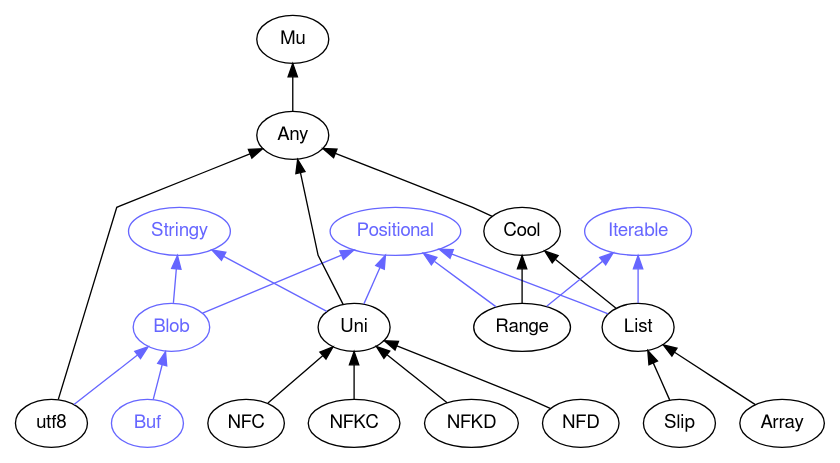
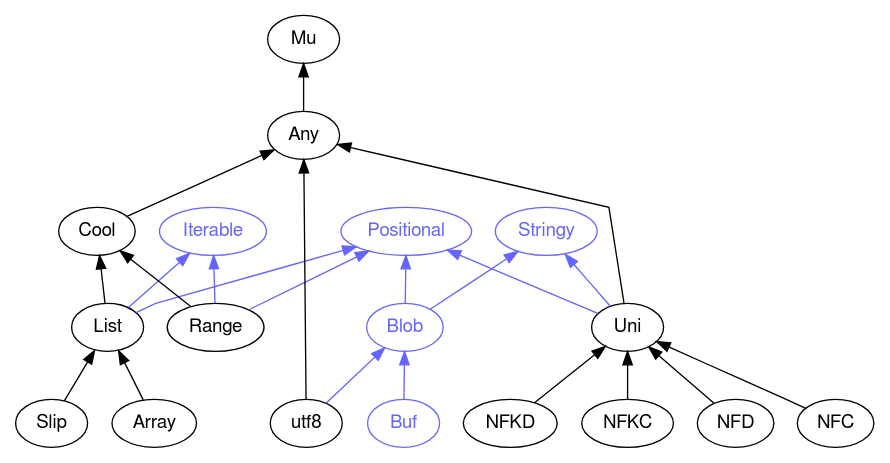
The diagram in images/type-graph-Positional.svg.dot (perl6docs/perl6docs.github.io), drawn with Graphviz before and after one commit. The commit also changed other lines of this file and 4420 other files, not shown here.

```diff
--- a/images/type-graph-Positional.svg.dot
+++ b/images/type-graph-Positional.svg.dot
@@ -1,50 +1,50 @@
 digraph "perl6-type-graph" {
     rankdir=BT;
     splines=polyline;
     overlap=false; 
     // Types
     "Positional" [color="#6666FF", fontcolor="#6666FF", href="/type/Positional", fontname="FreeSans"];
+    "Stringy" [color="#6666FF", fontcolor="#6666FF", href="/type/Stringy", fontname="FreeSans"];
+    "Blob" [color="#6666FF", fontcolor="#6666FF", href="/type/Blob", fontname="FreeSans"];
     "Mu" [color="#000000", fontcolor="#000000", href="/type/Mu", fontname="FreeSans"];
     "Any" [color="#000000", fontcolor="#000000", href="/type/Any", fontname="FreeSans"];
     "Cool" [color="#000000", fontcolor="#000000", href="/type/Cool", fontname="FreeSans"];
     "Iterable" [color="#6666FF", fontcolor="#6666FF", href="/type/Iterable", fontname="FreeSans"];
     "List" [color="#000000", fontcolor="#000000", href="/type/List", fontname="FreeSans"];
     "Range" [color="#000000", fontcolor="#000000", href="/type/Range", fontname="FreeSans"];
-    "Stringy" [color="#6666FF", fontcolor="#6666FF", href="/type/Stringy", fontname="FreeSans"];
-    "Blob" [color="#6666FF", fontcolor="#6666FF", href="/type/Blob", fontname="FreeSans"];
     "Uni" [color="#000000", fontcolor="#000000", href="/type/Uni", fontname="FreeSans"];
     "Slip" [color="#000000", fontcolor="#000000", href="/type/Slip", fontname="FreeSans"];
     "Array" [color="#000000", fontcolor="#000000", href="/type/Array", fontname="FreeSans"];
+    "NFKD" [color="#000000", fontcolor="#000000", href="/type/NFKD", fontname="FreeSans"];
+    "NFKC" [color="#000000", fontcolor="#000000", href="/type/NFKC", fontname="FreeSans"];
+    "NFD" [color="#000000", fontcolor="#000000", href="/type/NFD", fontname="FreeSans"];
     "NFC" [color="#000000", fontcolor="#000000", href="/type/NFC", fontname="FreeSans"];
-    "NFKC" [color="#000000", fontcolor="#000000", href="/type/NFKC", fontname="FreeSans"];
-    "NFKD" [color="#000000", fontcolor="#000000", href="/type/NFKD", fontname="FreeSans"];
-    "NFD" [color="#000000", fontcolor="#000000", href="/type/NFD", fontname="FreeSans"];
     "utf8" [color="#000000", fontcolor="#000000", href="/type/utf8", fontname="FreeSans"];
     "Buf" [color="#6666FF", fontcolor="#6666FF", href="/type/Buf", fontname="FreeSans"];
 
     // Superclasses
     "Any" -> "Mu" [color="#000000"];
     "Cool" -> "Any" [color="#000000"];
     "List" -> "Cool" [color="#000000"];
     "Range" -> "Cool" [color="#000000"];
     "Uni" -> "Any" [color="#000000"];
     "Slip" -> "List" [color="#000000"];
     "Array" -> "List" [color="#000000"];
+    "NFKD" -> "Uni" [color="#000000"];
+    "NFKC" -> "Uni" [color="#000000"];
+    "NFD" -> "Uni" [color="#000000"];
     "NFC" -> "Uni" [color="#000000"];
-    "NFKC" -> "Uni" [color="#000000"];
-    "NFKD" -> "Uni" [color="#000000"];
-    "NFD" -> "Uni" [color="#000000"];
     "utf8" -> "Any" [color="#000000"];
 
     // Roles
+    "Blob" -> "Positional" [color="#6666FF"];
+    "Blob" -> "Stringy" [color="#6666FF"];
     "List" -> "Positional" [color="#6666FF"];
     "List" -> "Iterable" [color="#6666FF"];
     "Range" -> "Positional" [color="#6666FF"];
     "Range" -> "Iterable" [color="#6666FF"];
-    "Blob" -> "Positional" [color="#6666FF"];
-    "Blob" -> "Stringy" [color="#6666FF"];
     "Uni" -> "Positional" [color="#6666FF"];
     "Uni" -> "Stringy" [color="#6666FF"];
     "utf8" -> "Blob" [color="#6666FF"];
     "Buf" -> "Blob" [color="#6666FF"];
 }
```
